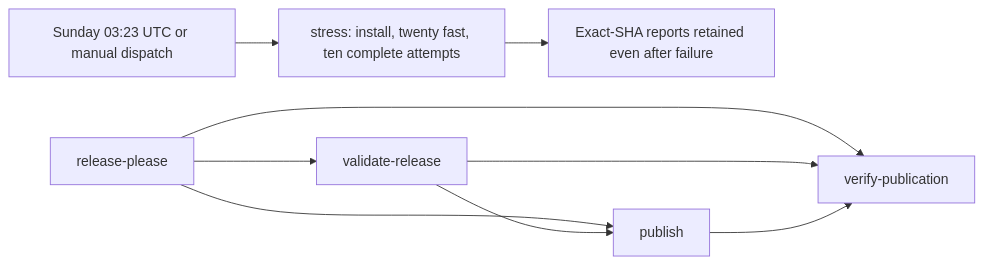
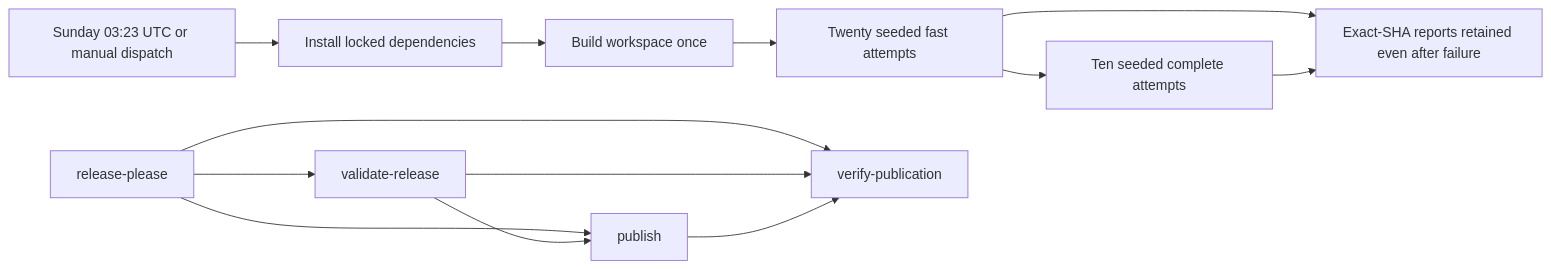
One commit to voidcorp-core/void-machine changed the third of 4 diagrams in docs/CI-CHAIN.md. Above: the diagram before and after it, drawn with Mermaid. The commit also changed other lines of this file and 6 other files, not shown here.

````diff
--- a/docs/CI-CHAIN.md
+++ b/docs/CI-CHAIN.md
@@ -82,11 +82,15 @@
 ```mermaid
 flowchart LR
-  Schedule[Sunday 03:23 UTC or manual dispatch] --> Stress[stress: install, twenty fast, ten complete attempts]
-  Stress --> Reports[Exact-SHA reports retained even after failure]
+  Schedule[Sunday 03:23 UTC or manual dispatch] --> Install[Install locked dependencies]
+  Install --> Build[Build workspace once]
+  Build --> Fast[Twenty seeded fast attempts]
+  Fast --> Complete[Ten seeded complete attempts]
+  Fast --> Reports
+  Complete --> Reports[Exact-SHA reports retained even after failure]
   RP[release-please] --> VR[validate-release]
   RP --> P[publish]
   VR --> P
   RP --> VP[verify-publication]
   VR --> VP
   P --> VP
 ```
````
